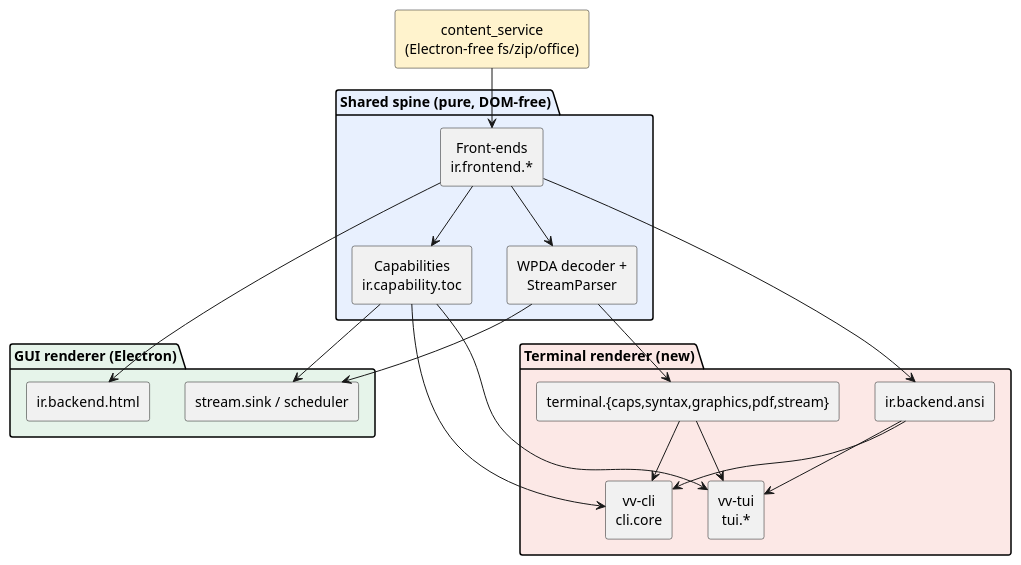
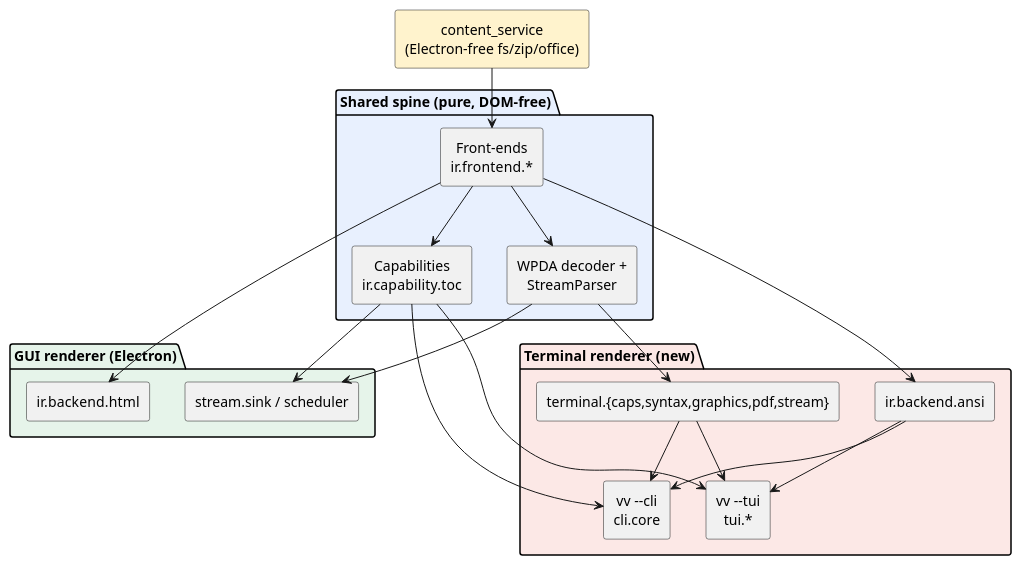
Before and after one commit to vinary-tree/vinary-viewer: the diagram in docs/design-decisions/0019-terminal-preview-layer.md, drawn with PlantUML. The commit also changed other lines of this file and 4 other files, not shown here.

````diff
--- a/docs/design-decisions/0019-terminal-preview-layer.md
+++ b/docs/design-decisions/0019-terminal-preview-layer.md
@@ -38,40 +38,40 @@
 ```plantuml
 @startuml
 skinparam componentStyle rectangle
 skinparam shadowing false
 skinparam defaultTextAlignment center
 
 package "Shared spine (pure, DOM-free)" #E8F0FE {
   [Front-ends\nir.frontend.*] as FE
   [WPDA decoder +\nStreamParser] as WPDA
   [Capabilities\nir.capability.toc] as CAP
 }
 [content_service\n(Electron-free fs/zip/office)] as CS #FFF3CD
 
 package "GUI renderer (Electron)" #E6F4EA {
   [ir.backend.html] as HTML
   [stream.sink / scheduler] as GUISINK
 }
 package "Terminal renderer (new)" #FCE8E6 {
   [ir.backend.ansi] as ANSI
   [terminal.{caps,syntax,graphics,pdf,stream}] as TERM
-  [vv-cli\ncli.core] as CLI
-  [vv-tui\ntui.*] as TUI
+  [vv --cli\ncli.core] as CLI
+  [vv --tui\ntui.*] as TUI
 }
 
 CS --> FE
 FE --> WPDA
 FE --> CAP
 FE --> HTML
 FE --> ANSI
 WPDA --> GUISINK
 WPDA --> TERM
 ANSI --> CLI
 ANSI --> TUI
 TERM --> CLI
 TERM --> TUI
 CAP --> CLI
 CAP --> TUI
 CAP --> GUISINK
 @enduml
 ```
````
